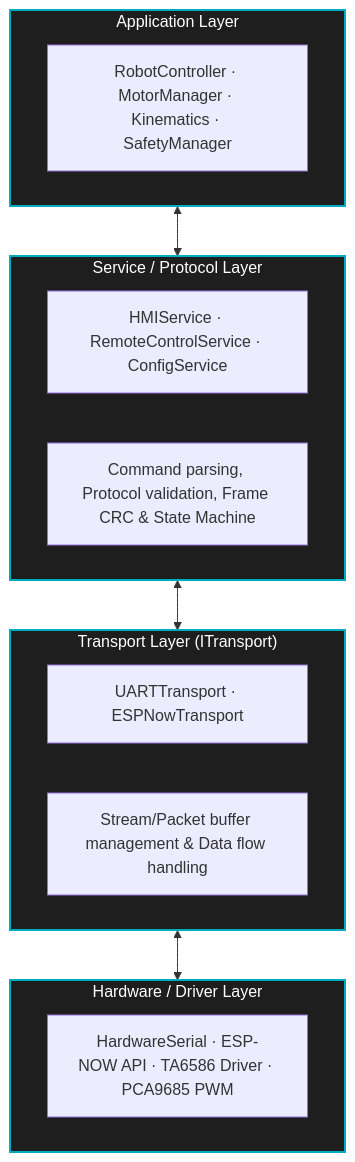
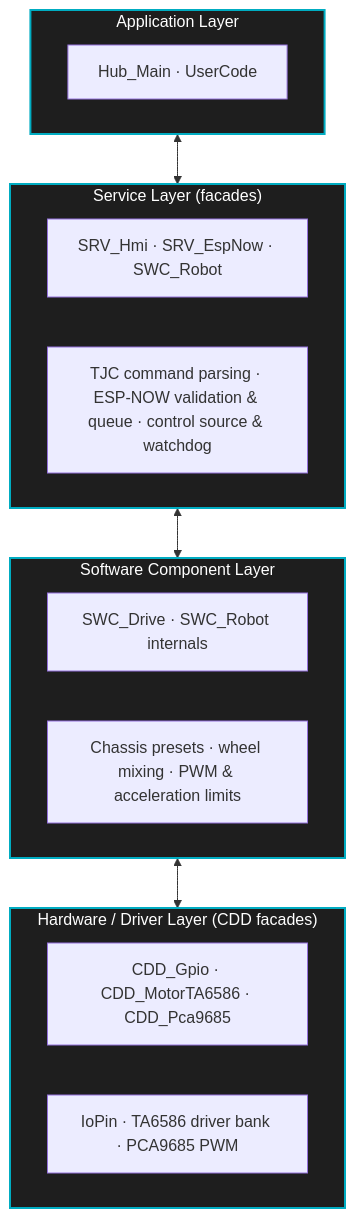
Before and after one commit to thanggtrann12/MegaESP_RobotControl: the diagram in README.md, drawn with Mermaid. The commit also changed other lines of this file and 115 other files, not shown here.

````diff
--- a/README.md
+++ b/README.md
@@ -29,29 +30,30 @@
 ```mermaid
 graph TD
     subgraph App ["Application Layer"]
-        A1["RobotController · MotorManager · Kinematics · SafetyManager"]
+        A1["Hub_Main · UserCode"]
     end
 
-    subgraph Service ["Service / Protocol Layer"]
-        S1["HMIService · RemoteControlService · ConfigService"]
-        S2["Command parsing, Protocol validation, Frame CRC & State Machine"]
+    subgraph Service ["Service Layer (facades)"]
+        S1["SRV_Hmi · SRV_EspNow · SWC_Robot"]
+        S2["TJC command parsing · ESP-NOW validation & queue · control source & watchdog"]
     end
 
-    subgraph Transport ["Transport Layer (ITransport)"]
-        T1["UARTTransport · ESPNowTransport"]
-        T2["Stream/Packet buffer management & Data flow handling"]
+    subgraph SWC ["Software Component Layer"]
+        W1["SWC_Drive · SWC_Robot internals"]
+        W2["Chassis presets · wheel mixing · PWM & acceleration limits"]
     end
 
-    subgraph Hardware ["Hardware / Driver Layer"]
-        H1["HardwareSerial · ESP-NOW API · TA6586 Driver · PCA9685 PWM"]
+    subgraph Hardware ["Hardware / Driver Layer (CDD facades)"]
+        H1["CDD_Gpio · CDD_MotorTA6586 · CDD_Pca9685"]
+        H2["IoPin · TA6586 driver bank · PCA9685 PWM"]
     end
 
     App <--> Service
-    Service <--> Transport
-    Transport <--> Hardware
+    Service <--> SWC
+    SWC <--> Hardware
 
     style App fill:#1e1e1e,stroke:#00acc1,stroke-width:2px,color:#fff
     style Service fill:#1e1e1e,stroke:#00acc1,stroke-width:2px,color:#fff
-    style Transport fill:#1e1e1e,stroke:#00acc1,stroke-width:2px,color:#fff
+    style SWC fill:#1e1e1e,stroke:#00acc1,stroke-width:2px,color:#fff
     style Hardware fill:#1e1e1e,stroke:#00acc1,stroke-width:2px,color:#fff
 ```
````
